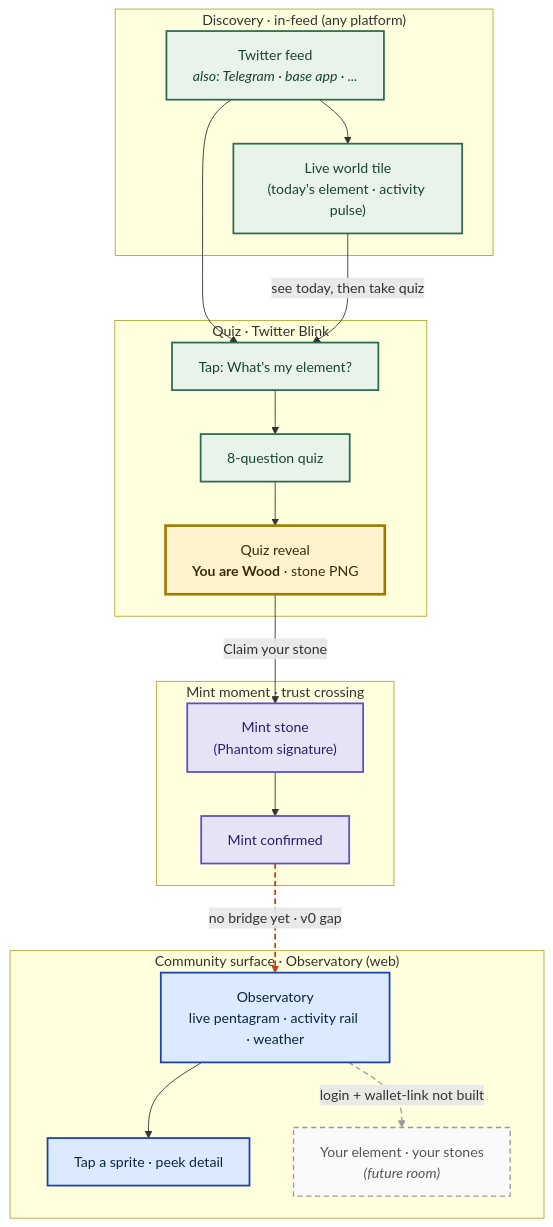
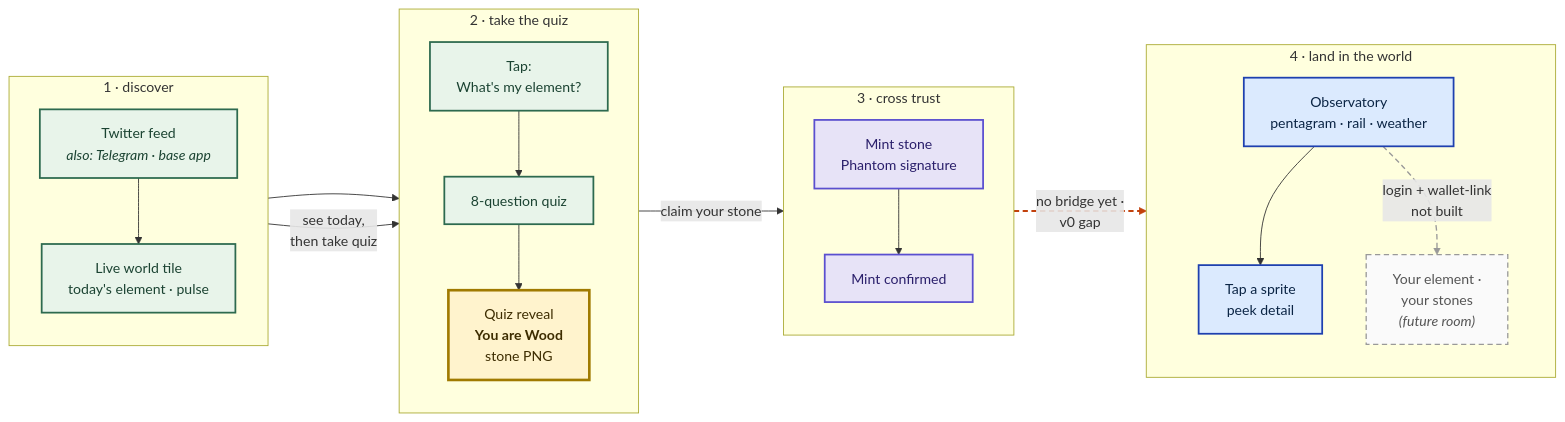
One commit to project-purupuru/purupuru-ttrpg changed the diagram in README.md. Above: the diagram before and after it, drawn with Mermaid. The commit also changed other lines of this file, not shown here.

Commit message:
docs(readme): journey diagram TD → LR · spread horizontally · per smol-comms-register
Operator: "hard to read vertically · better to compress height and go wider · left to right."

Mermaid changes:
- flowchart TD → flowchart LR (4 narrative beats now flow horizontally)
- subgraphs gain `direction TB` so nodes within each beat stack vertically
- subgraph titles numbered (1 · discover / 2 · take the quiz / 3 · cross trust / 4 · land in the world) for left-to-right reading order
- node label line-breaks tightened for narrower per-beat columns
- Reading-guide callout compressed: emoji legend in one line (smol register one-line legend rule)

Edges + linkStyles preserved:
- feed → ambient (within Discovery)
- feed → cta (direct quiz-post path · also a valid entry)
- ambient → cta (after-ambient path)
- linkStyle 7 = confirmed → plaza (amber dashed · v0 gap)
- linkStyle 9 = plaza → profile (grey dashed · future room)

Result: same composition story · half the height · scannable in one viewport on a wide README.

````diff
--- a/README.md
+++ b/README.md
@@ -63,51 +63,55 @@
 ```mermaid
-flowchart TD
+flowchart LR
     classDef live fill:#e8f4ea,stroke:#2d6a4f,stroke-width:2px,color:#1b4332
     classDef payoff fill:#fff3cd,stroke:#a07a00,stroke-width:3px,color:#3d2c00
     classDef trust fill:#e7e3f7,stroke:#5a4fcf,stroke-width:2px,color:#2a1f6b
     classDef destination fill:#dbeafe,stroke:#1e40af,stroke-width:2px,color:#0b2545
     classDef openWound fill:#fff7e6,stroke:#c2410c,stroke-width:1.5px,stroke-dasharray:6 4,color:#7c2d12
     classDef futureRoom fill:#fafafa,stroke:#999,stroke-width:1.5px,stroke-dasharray:6 4,color:#555
 
-    subgraph DISCOVERY["Discovery · in-feed (any platform)"]
-        feed["Twitter feed<br/><i>also: Telegram · base app · ...</i>"]
-        ambient["Live world tile<br/>(today's element · activity pulse)"]
+    subgraph DISCOVERY["1 · discover"]
+        direction TB
+        feed["Twitter feed<br/><i>also: Telegram · base app</i>"]
+        ambient["Live world tile<br/>today's element · pulse"]
     end
 
-    subgraph QUIZ["Quiz · Twitter Blink"]
-        cta["Tap: What's my element?"]
+    subgraph QUIZ["2 · take the quiz"]
+        direction TB
+        cta["Tap:<br/>What's my element?"]
         quiz["8-question quiz"]
-        reveal["Quiz reveal<br/><b>You are Wood</b> · stone PNG"]
+        reveal["Quiz reveal<br/><b>You are Wood</b><br/>stone PNG"]
     end
 
-    subgraph MINT["Mint moment · trust crossing"]
-        sign["Mint stone<br/>(Phantom signature)"]
+    subgraph MINT["3 · cross trust"]
+        direction TB
+        sign["Mint stone<br/>Phantom signature"]
         confirmed["Mint confirmed"]
     end
 
-    subgraph WORLD["Community surface · Observatory (web)"]
-        plaza["Observatory<br/>live pentagram · activity rail · weather"]
-        focus["Tap a sprite · peek detail"]
-        profile["Your element · your stones<br/><i>(future room)</i>"]
+    subgraph WORLD["4 · land in the world"]
+        direction TB
+        plaza["Observatory<br/>pentagram · rail · weather"]
+        focus["Tap a sprite<br/>peek detail"]
+        profile["Your element ·<br/>your stones<br/><i>(future room)</i>"]
     end
 
     feed --> ambient
     feed --> cta
-    ambient -->|see today, then take quiz| cta
+    ambient -->|see today,<br/>then take quiz| cta
     cta --> quiz
     quiz --> reveal
-    reveal -->|Claim your stone| sign
+    reveal -->|claim your stone| sign
     sign --> confirmed
-    confirmed -.->|no bridge yet · v0 gap| plaza
+    confirmed -.->|no bridge yet ·<br/>v0 gap| plaza
     plaza --> focus
-    plaza -.->|login + wallet-link not built| profile
+    plaza -.->|login + wallet-link<br/>not built| profile
 
     class feed,ambient,cta,quiz live
     class reveal payoff
     class sign,confirmed trust
     class plaza,focus destination
     class profile futureRoom
 
     linkStyle 7 stroke:#c2410c,stroke-width:2px,stroke-dasharray:6 4
     linkStyle 9 stroke:#999,stroke-width:1.5px,stroke-dasharray:6 4
 ```
````
